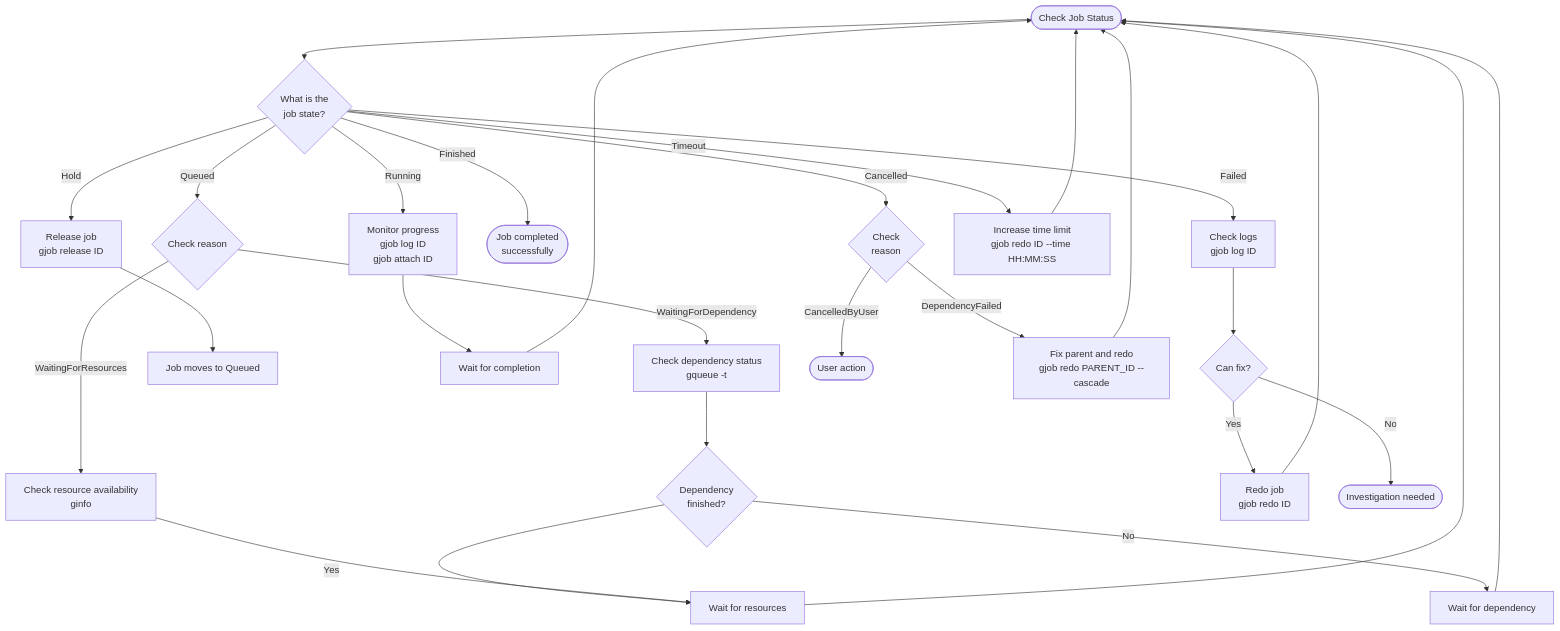
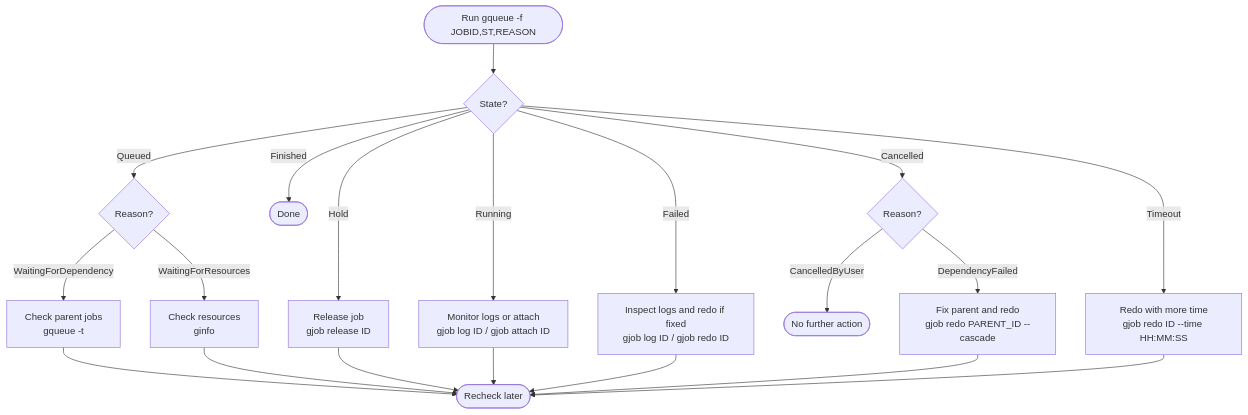
Before and after one commit to AndPuQing/gflow: the second of 2 diagrams in docs/src/user-guide/job-lifecycle.md, drawn with Mermaid. The commit also changed other lines of this file and 1 other file, not shown here.

Commit message:
docs: Simplify job lifecycle diagrams
Replace the detailed mermaid stateDiagram with simplified flowchart
diagrams in docs/src/{user-guide,zh-CN}/job-lifecycle.md. Add Mermaid
frontmatter (showToolbar: true) and a brief note about the toolbar.
Clarify the status-check workflow into a check -> action -> recheck
loop.

````diff
--- a/docs/src/user-guide/job-lifecycle.md
+++ b/docs/src/user-guide/job-lifecycle.md
@@ -93,38 +90,32 @@
 ```mermaid
+---
+showToolbar: true
+---
 flowchart TD
-    Start([Check Job Status]) --> CheckState{What is the<br/>job state?}
+    Check([Run gqueue -f JOBID,ST,REASON]) --> State{State?}
 
-    CheckState -->|Queued| CheckReason{Check reason}
-    CheckReason -->|WaitingForDependency| CheckDep[Check dependency status<br/>gqueue -t]
-    CheckReason -->|WaitingForResources| CheckRes[Check resource availability<br/>ginfo]
-    CheckDep --> DepOK{Dependency<br/>finished?}
-    DepOK -->|Yes| Wait1[Wait for resources]
-    DepOK -->|No| Wait2[Wait for dependency]
-    CheckRes --> Wait1
+    State -->|Queued| QueuedReason{Reason?}
+    QueuedReason -->|WaitingForDependency| Dep[Check parent jobs<br/>gqueue -t]
+    QueuedReason -->|WaitingForResources| Res[Check resources<br/>ginfo]
+    Dep --> Recheck([Recheck later])
+    Res --> Recheck
 
-    CheckState -->|Hold| Release[Release job<br/>gjob release ID]
-    Release --> Queued2[Job moves to Queued]
+    State -->|Hold| Release[Release job<br/>gjob release ID]
+    Release --> Recheck
 
-    CheckState -->|Running| Monitor[Monitor progress<br/>gjob log ID<br/>gjob attach ID]
-    Monitor --> Wait3[Wait for completion]
+    State -->|Running| Monitor[Monitor logs or attach<br/>gjob log ID / gjob attach ID]
+    Monitor --> Recheck
 
-    CheckState -->|Finished| Success([Job completed<br/>successfully])
+    State -->|Finished| Done([Done])
 
-    CheckState -->|Failed| Investigate[Check logs<br/>gjob log ID]
-    Investigate --> Fix{Can fix?}
-    Fix -->|Yes| Redo[Redo job<br/>gjob redo ID]
-    Fix -->|No| End1([Investigation needed])
+    State -->|Failed| Retry[Inspect logs and redo if fixed<br/>gjob log ID / gjob redo ID]
+    Retry --> Recheck
 
-    CheckState -->|Cancelled| CheckCancelReason{Check<br/>reason}
-    CheckCancelReason -->|CancelledByUser| End2([User action])
-    CheckCancelReason -->|DependencyFailed| RedoCascade[Fix parent and redo<br/>gjob redo PARENT_ID --cascade]
+    State -->|Cancelled| CancelReason{Reason?}
+    CancelReason -->|CancelledByUser| Stop([No further action])
+    CancelReason -->|DependencyFailed| Cascade[Fix parent and redo<br/>gjob redo PARENT_ID --cascade]
+    Cascade --> Recheck
 
-    CheckState -->|Timeout| IncreaseTime[Increase time limit<br/>gjob redo ID --time HH:MM:SS]
-
-    Wait1 --> Start
-    Wait2 --> Start
-    Wait3 --> Start
-    Redo --> Start
-    RedoCascade --> Start
-    IncreaseTime --> Start
+    State -->|Timeout| MoreTime[Redo with more time<br/>gjob redo ID --time HH:MM:SS]
+    MoreTime --> Recheck
 ```
````
